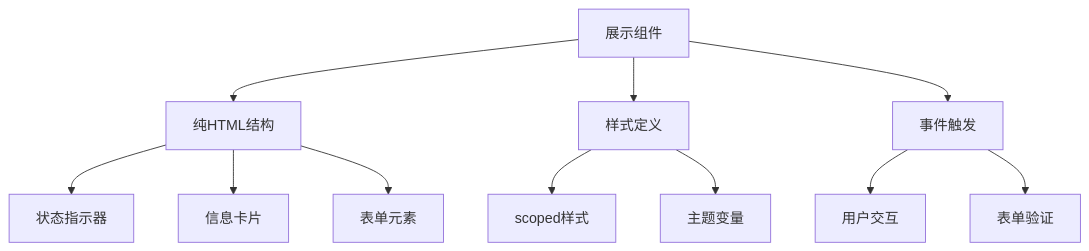
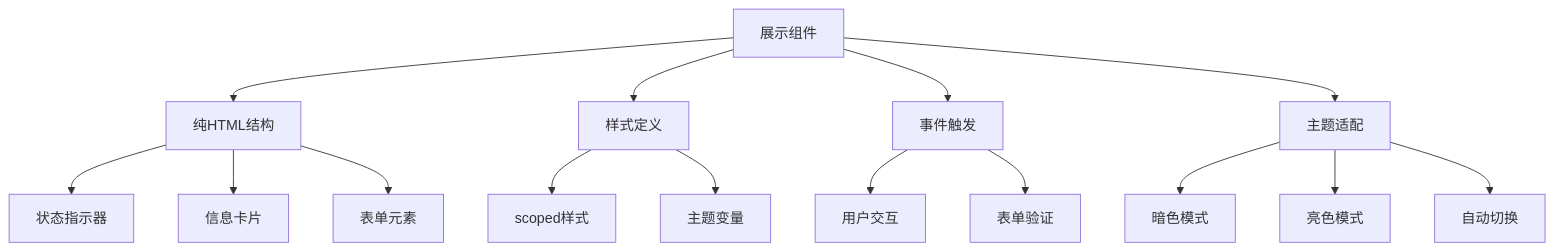
One commit to itsharex/NexTunnel changed the fifth of 24 diagrams in .qoder/repowiki/zh/content/架构设计/桌面端架构设计/前端架构设计/Vue组件系统架构.md. Above: the diagram before and after it, drawn with Mermaid. The commit also changed other lines of this file and 41 other files, not shown here.

````diff
--- a/.qoder/repowiki/zh/content/架构设计/桌面端架构设计/前端架构设计/Vue组件系统架构.md
+++ b/.qoder/repowiki/zh/content/架构设计/桌面端架构设计/前端架构设计/Vue组件系统架构.md
@@ -171,13 +198,17 @@
 ```mermaid
 flowchart TD
 A[展示组件] --> B[纯HTML结构]
 A --> C[样式定义]
 A --> D[事件触发]
-B --> E[状态指示器]
-B --> F[信息卡片]
-B --> G[表单元素]
-C --> H[scoped样式]
-C --> I[主题变量]
-D --> J[用户交互]
-D --> K[表单验证]
+A --> E[主题适配]
+B --> F[状态指示器]
+B --> G[信息卡片]
+B --> H[表单元素]
+C --> I[scoped样式]
+C --> J[主题变量]
+D --> K[用户交互]
+D --> L[表单验证]
+E --> M[暗色模式]
+E --> N[亮色模式]
+E --> O[自动切换]
 ```
````
